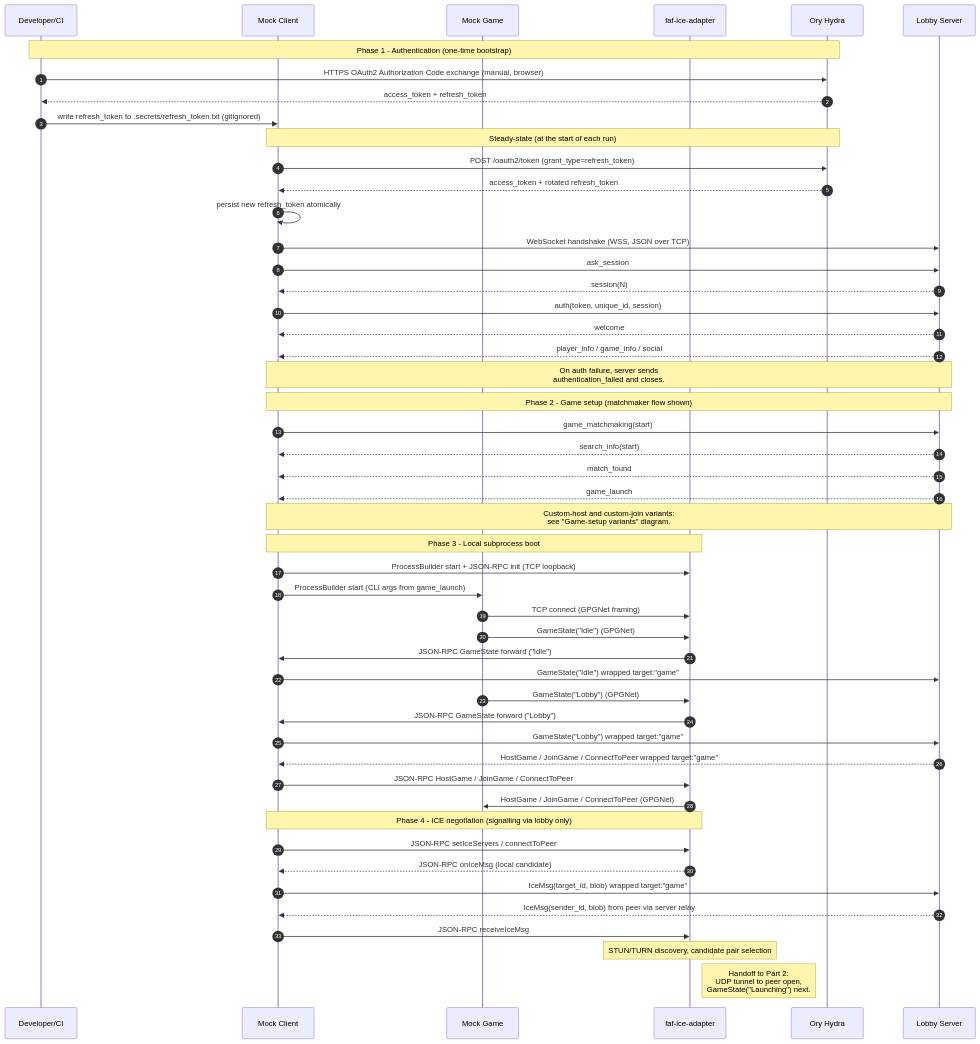
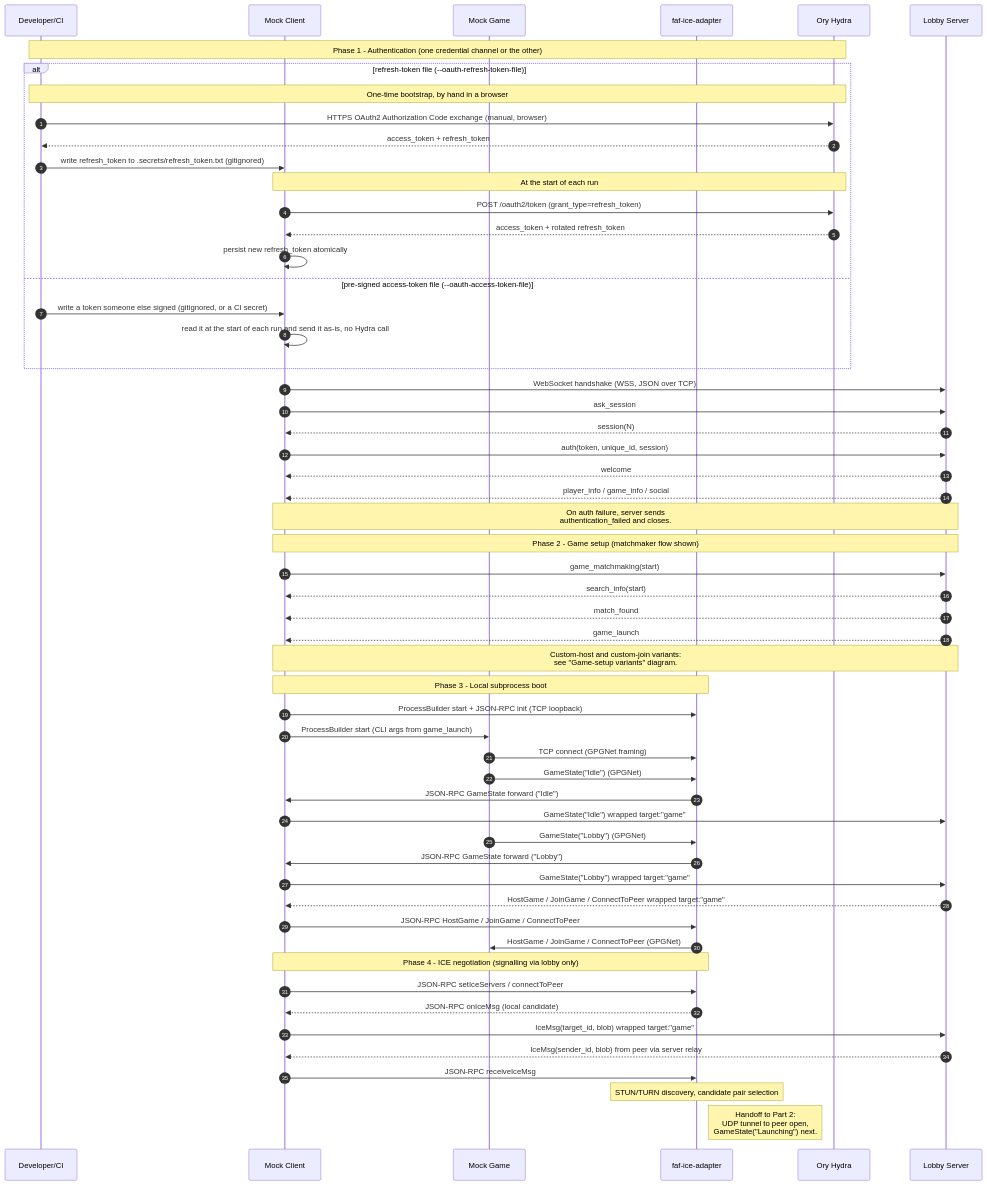
One commit to md-173/faf-test-harness changed the first of 3 diagrams in documentation/diagrams/sequence-full-session.md. Above: the diagram before and after it, drawn with Mermaid. The commit also changed other lines of this file, not shown here.

Commit message:
docs(diagrams): draw both credential channels in Phase 1

````diff
--- a/documentation/diagrams/sequence-full-session.md
+++ b/documentation/diagrams/sequence-full-session.md
@@ -27,59 +27,64 @@
 ```mermaid
 sequenceDiagram
     autonumber
     participant Dev as Developer/CI
     participant MC as Mock Client
     participant MG as Mock Game
     participant IA as faf-ice-adapter
     participant Hydra as Ory Hydra
     participant LS as Lobby Server
 
-    Note over Dev,Hydra: Phase 1 - Authentication (one-time bootstrap)
-    Dev->>Hydra: HTTPS OAuth2 Authorization Code exchange (manual, browser)
-    Hydra-->>Dev: access_token + refresh_token
-    Dev->>MC: write refresh_token to .secrets/refresh_token.txt (gitignored)
-
-    Note over MC,Hydra: Steady-state (at the start of each run)
-    MC->>Hydra: POST /oauth2/token (grant_type=refresh_token)
-    Hydra-->>MC: access_token + rotated refresh_token
-    MC->>MC: persist new refresh_token atomically
+    Note over Dev,Hydra: Phase 1 - Authentication (one credential channel or the other)
+    alt refresh-token file (--oauth-refresh-token-file)
+        Note over Dev,Hydra: One-time bootstrap, by hand in a browser
+        Dev->>Hydra: HTTPS OAuth2 Authorization Code exchange (manual, browser)
+        Hydra-->>Dev: access_token + refresh_token
+        Dev->>MC: write refresh_token to .secrets/refresh_token.txt (gitignored)
+        Note over MC,Hydra: At the start of each run
+        MC->>Hydra: POST /oauth2/token (grant_type=refresh_token)
+        Hydra-->>MC: access_token + rotated refresh_token
+        MC->>MC: persist new refresh_token atomically
+    else pre-signed access-token file (--oauth-access-token-file)
+        Dev->>MC: write a token someone else signed (gitignored, or a CI secret)
+        MC->>MC: read it at the start of each run and send it as-is, no Hydra call
+    end
 
 
     MC->>LS: WebSocket handshake (WSS, JSON over TCP)
     MC->>LS: ask_session
     LS-->>MC: session(N)
     MC->>LS: auth(token, unique_id, session)
     LS-->>MC: welcome
     LS-->>MC: player_info / game_info / social
     Note over MC,LS: On auth failure, server sends<br/>authentication_failed and closes.
 
     Note over MC,LS: Phase 2 - Game setup (matchmaker flow shown)
     MC->>LS: game_matchmaking(start)
     LS-->>MC: search_info(start)
     LS-->>MC: match_found
     LS-->>MC: game_launch
     Note over MC,LS: Custom-host and custom-join variants:<br/>see "Game-setup variants" diagram.
 
     Note over MC,IA: Phase 3 - Local subprocess boot
     MC->>IA: ProcessBuilder start + JSON-RPC init (TCP loopback)
     MC->>MG: ProcessBuilder start (CLI args from game_launch)
         MG->>IA: TCP connect (GPGNet framing)
     MG->>IA: GameState("Idle") (GPGNet)
     IA->>MC: JSON-RPC GameState forward ("Idle")
     MC->>LS: GameState("Idle") wrapped target:"game"
     MG->>IA: GameState("Lobby") (GPGNet)
     IA->>MC: JSON-RPC GameState forward ("Lobby")
     MC->>LS: GameState("Lobby") wrapped target:"game"
     LS-->>MC: HostGame / JoinGame / ConnectToPeer wrapped target:"game"
     MC->>IA: JSON-RPC HostGame / JoinGame / ConnectToPeer
     IA->>MG: HostGame / JoinGame / ConnectToPeer (GPGNet)
 
     Note over MC,IA: Phase 4 - ICE negotiation (signalling via lobby only)
     MC->>IA: JSON-RPC setIceServers / connectToPeer
     IA-->>MC: JSON-RPC onIceMsg (local candidate)
     MC->>LS: IceMsg(target_id, blob) wrapped target:"game"
     LS-->>MC: IceMsg(sender_id, blob) from peer via server relay
     MC->>IA: JSON-RPC receiveIceMsg
     Note over IA: STUN/TURN discovery, candidate pair selection
     Note right of IA: Handoff to Part 2:<br/>UDP tunnel to peer open,<br/>GameState("Launching") next.
 ```
````
